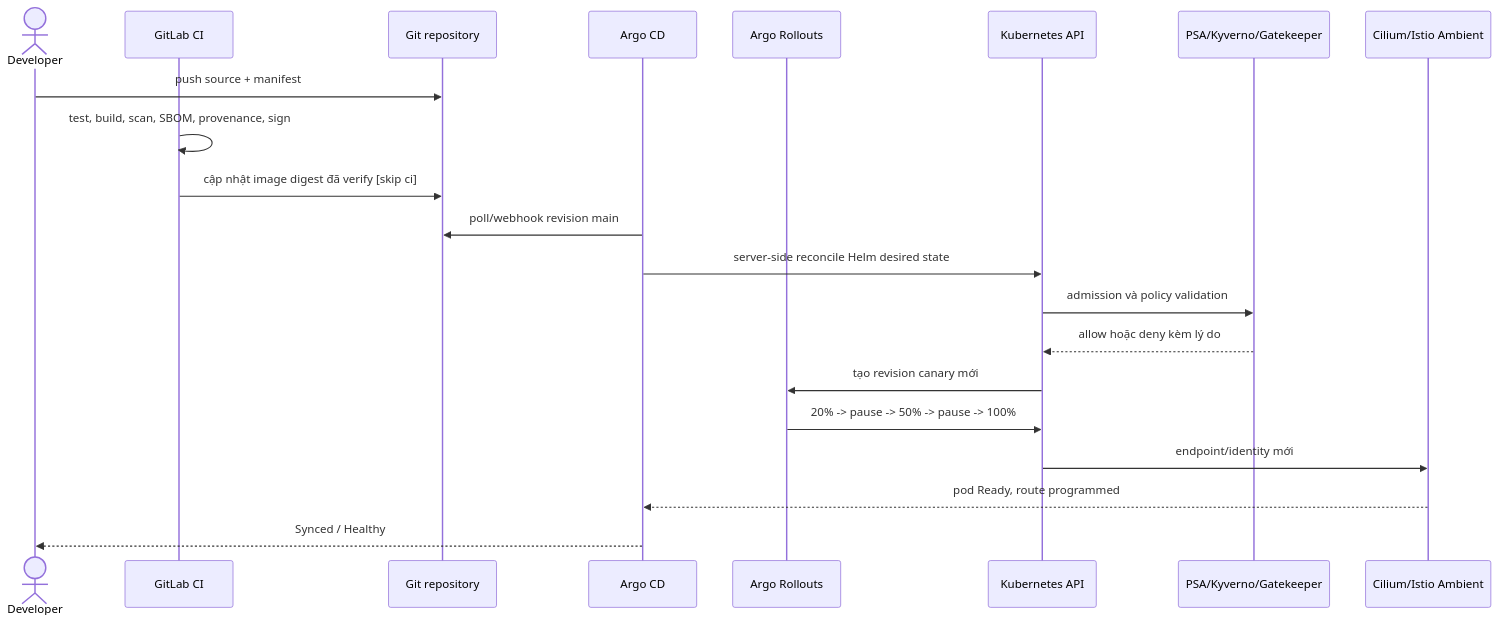
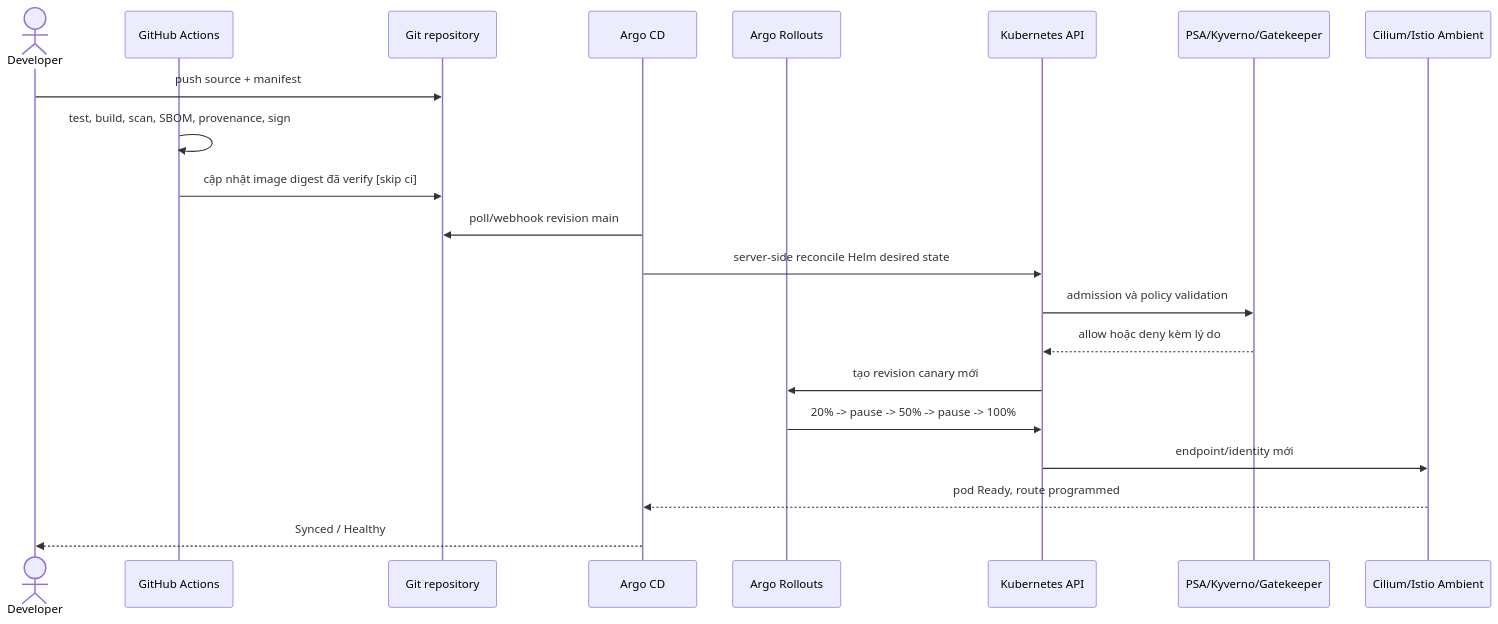
Before and after one commit to tndat-dev/An-Internet-Media-Store: the second of 8 diagrams in AIMS_OPERATION_FLOW_REPORT.md, drawn with Mermaid. The commit also changed other lines of this file and 9 other files, not shown here.

````diff
--- a/AIMS_OPERATION_FLOW_REPORT.md
+++ b/AIMS_OPERATION_FLOW_REPORT.md
@@ -73,24 +73,24 @@
 ```mermaid
 sequenceDiagram
     actor Dev as Developer
-    participant GL as GitLab CI
+    participant CI as GitHub Actions
     participant Git as Git repository
     participant Argo as Argo CD
     participant Roll as Argo Rollouts
     participant K8s as Kubernetes API
     participant Adm as PSA/Kyverno/Gatekeeper
     participant Mesh as Cilium/Istio Ambient
 
     Dev->>Git: push source + manifest
-    GL->>GL: test, build, scan, SBOM, provenance, sign
-    GL->>Git: cập nhật image digest đã verify [skip ci]
+    CI->>CI: test, build, scan, SBOM, provenance, sign
+    CI->>Git: cập nhật image digest đã verify [skip ci]
     Argo->>Git: poll/webhook revision main
     Argo->>K8s: server-side reconcile Helm desired state
     K8s->>Adm: admission và policy validation
     Adm-->>K8s: allow hoặc deny kèm lý do
     K8s->>Roll: tạo revision canary mới
     Roll->>K8s: 20% -> pause -> 50% -> pause -> 100%
     K8s->>Mesh: endpoint/identity mới
     Mesh-->>Argo: pod Ready, route programmed
     Argo-->>Dev: Synced / Healthy
 ```
````
